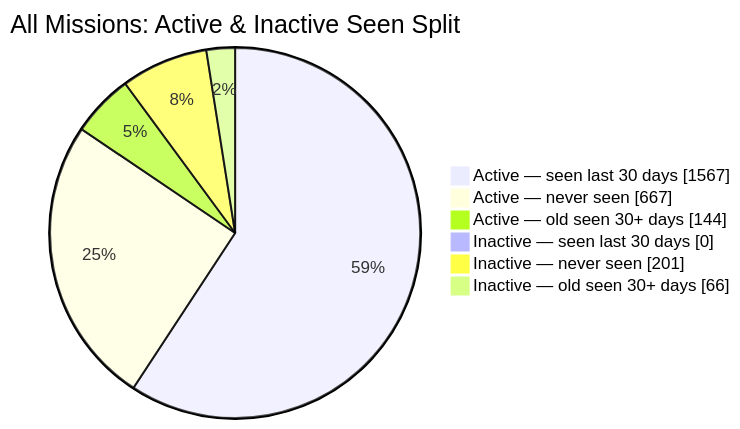
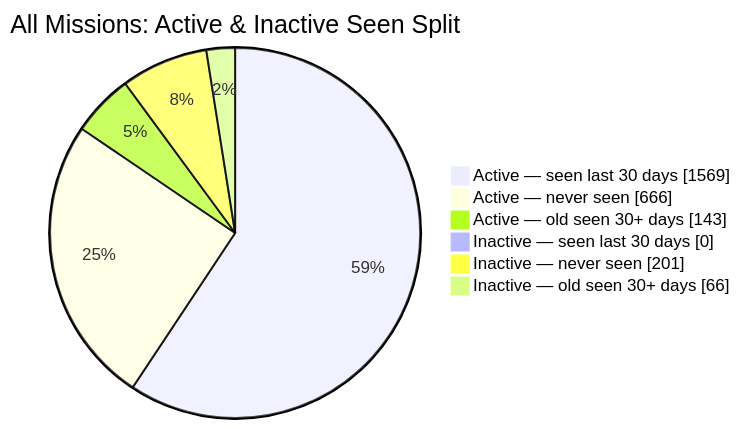
One commit to MeldkamerspelGameTeam/active-missions changed the second of 2 diagrams in README.md. Above: the diagram before and after it, drawn with Mermaid. The commit also changed other lines of this file and 3 other files, not shown here.

````diff
--- a/README.md
+++ b/README.md
@@ -44,10 +44,10 @@
 ```mermaid
 pie showData
     title All Missions: Active & Inactive Seen Split
-    "Active — seen last 30 days" : 1567
-    "Active — never seen" : 667
-    "Active — old seen 30+ days" : 144
+    "Active — seen last 30 days" : 1569
+    "Active — never seen" : 666
+    "Active — old seen 30+ days" : 143
     "Inactive — seen last 30 days" : 0
     "Inactive — never seen" : 201
     "Inactive — old seen 30+ days" : 66
 ```
````
